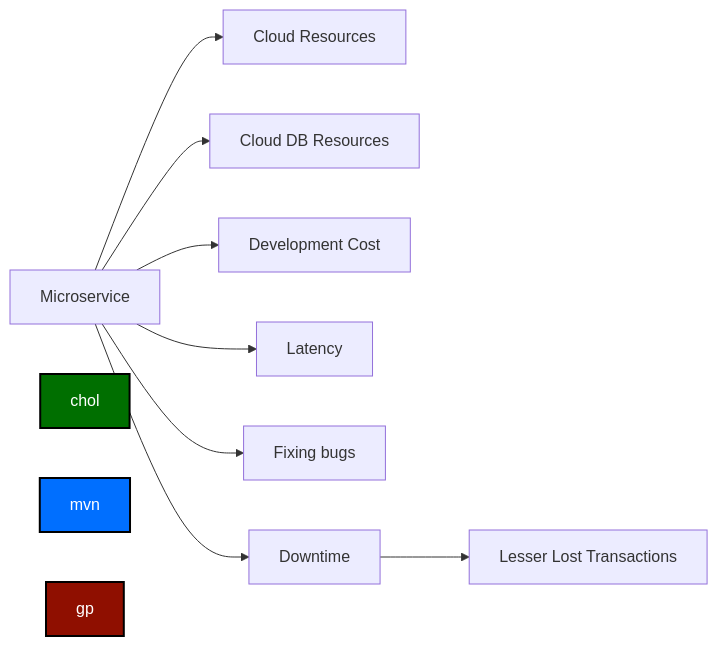
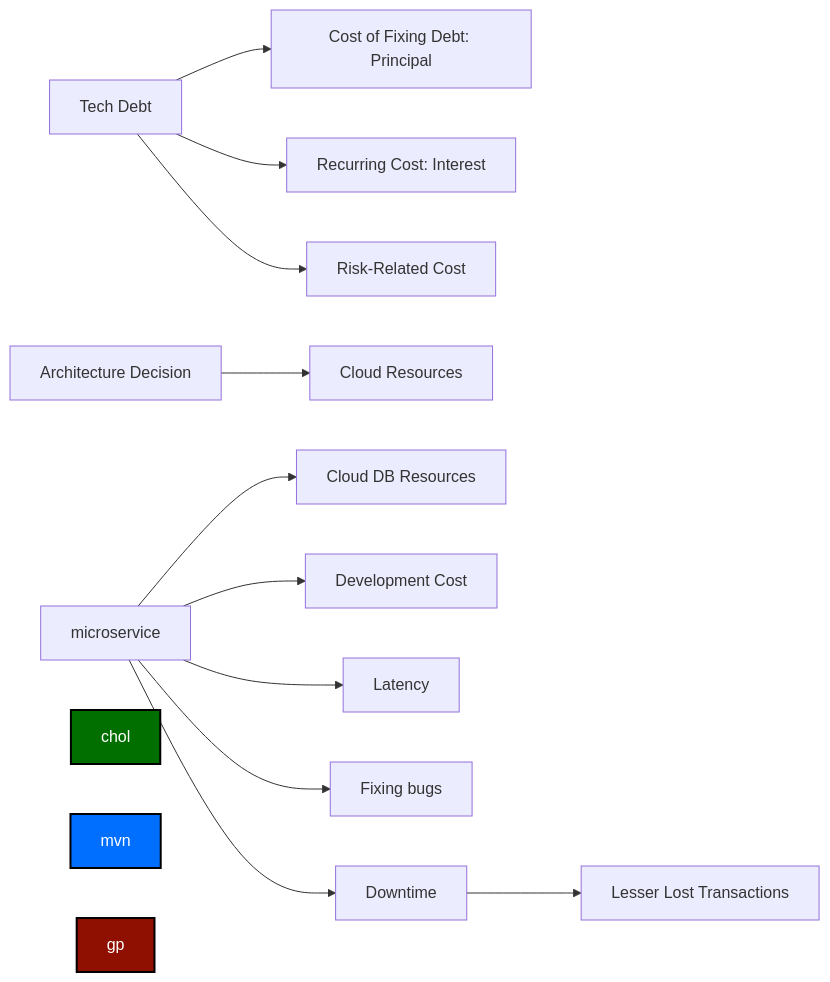
Before and after one commit to asengupta/avishek.net: the diagram in _posts/2023-01-22-every-developer-is-an-economist.md, drawn with Mermaid. The commit also changed other lines of this file and 2 other files, not shown here.

```diff
--- a/_posts/2023-01-22-every-developer-is-an-economist.md
+++ b/_posts/2023-01-22-every-developer-is-an-economist.md
@@ -90,13 +95,16 @@
 {% mermaid %}
 graph LR;
-microservice[Microservice]-->resources[Cloud Resources];
+debt[Tech Debt]-->principal[Cost of Fixing Debt: Principal];
+debt-->interest[Recurring Cost: Interest];
+debt-->risk[Risk-Related Cost];
+architecture_decision[Architecture Decision]-->resources[Cloud Resources];
 microservice-->database[Cloud DB Resources];
 microservice-->development_cost[Development Cost];
 microservice-->latency[Latency];
 microservice-->bugs[Fixing bugs];
 microservice-->downtime[Downtime]-->lost_transactions[Lesser Lost Transactions];
 
 style chol fill:#006f00,stroke:#000,stroke-width:2px,color:#fff
 style mvn fill:#006fff,stroke:#000,stroke-width:2px,color:#fff
 style gp fill:#8f0f00,stroke:#000,stroke-width:2px,color:#fff
 {% endmermaid %}
```
